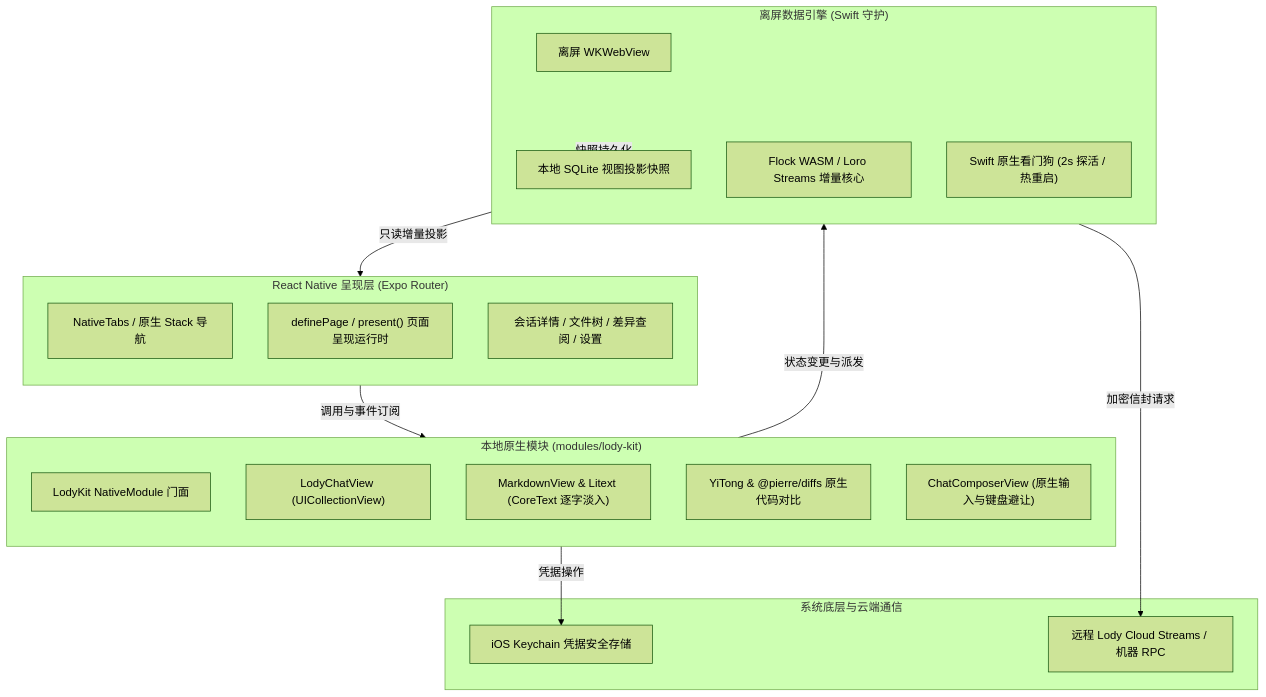
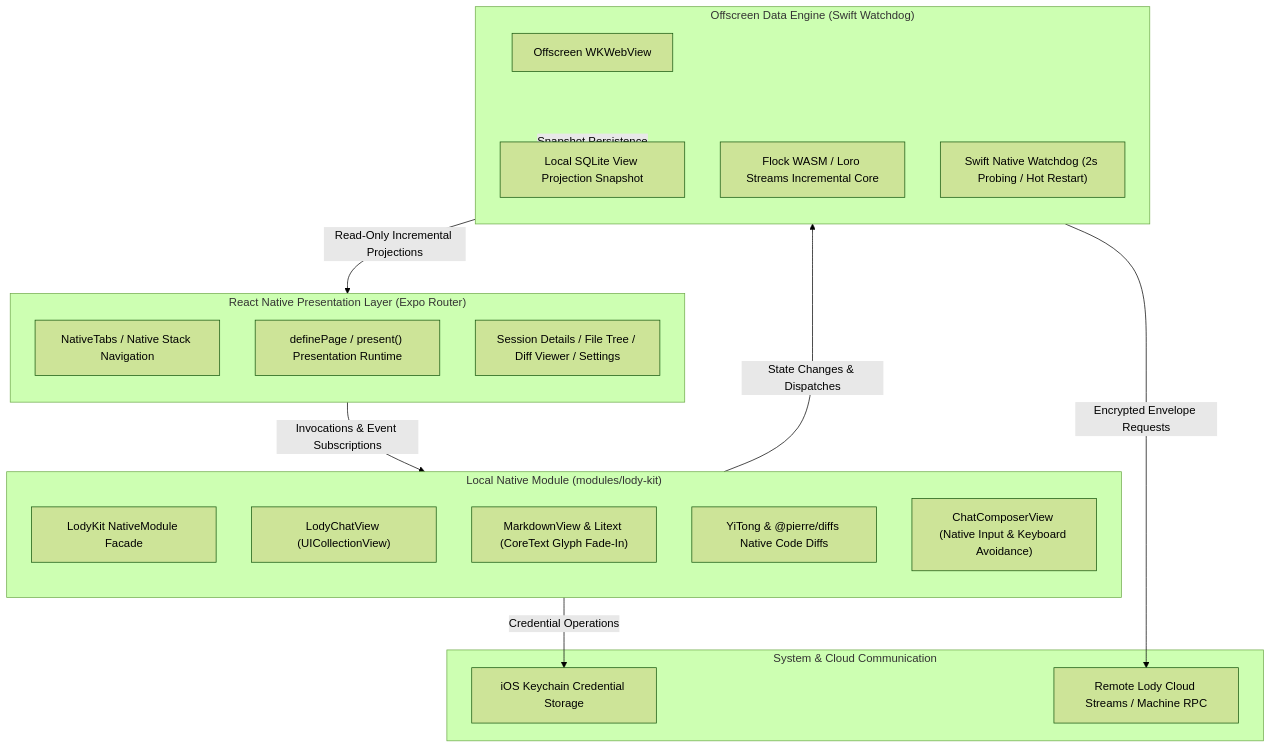
The diagram in README.md (Eric-Song-Nop/lody-ios), drawn with Mermaid (forest theme) before and after one commit. The commit also changed other lines of this file and 60 other files, not shown here.

````diff
--- a/README.md
+++ b/README.md
@@ -62,38 +62,38 @@
 ```mermaid
 flowchart TB
-    subgraph UI ["React Native 呈现层 (Expo Router)"]
+    subgraph UI ["React Native Presentation Layer (Expo Router)"]
         direction TB
-        Tabs["NativeTabs / 原生 Stack 导航"]
-        Presentation["definePage / present() 页面呈现运行时"]
-        Screens["会话详情 / 文件树 / 差异查阅 / 设置"]
+        Tabs["NativeTabs / Native Stack Navigation"]
+        Presentation["definePage / present() Presentation Runtime"]
+        Screens["Session Details / File Tree / Diff Viewer / Settings"]
     end
 
-    subgraph NativeKit ["本地原生模块 (modules/lody-kit)"]
+    subgraph NativeKit ["Local Native Module (modules/lody-kit)"]
         direction TB
-        LodyKitModule["LodyKit NativeModule 门面"]
+        LodyKitModule["LodyKit NativeModule Facade"]
         ChatView["LodyChatView (UICollectionView)"]
-        Markdown["MarkdownView & Litext (CoreText 逐字淡入)"]
-        DiffView["YiTong & @pierre/diffs 原生代码对比"]
-        Composer["ChatComposerView (原生输入与键盘避让)"]
+        Markdown["MarkdownView & Litext (CoreText Glyph Fade-In)"]
+        DiffView["YiTong & @pierre/diffs Native Code Diffs"]
+        Composer["ChatComposerView (Native Input & Keyboard Avoidance)"]
     end
 
-    subgraph DataEngine ["离屏数据引擎 (Swift 守护)"]
+    subgraph DataEngine ["Offscreen Data Engine (Swift Watchdog)"]
         direction TB
-        OffscreenWV["离屏 WKWebView"]
-        Flock["Flock WASM / Loro Streams 增量核心"]
-        Watchdog["Swift 原生看门狗 (2s 探活 / 热重启)"]
-        SQLite["本地 SQLite 视图投影快照"]
+        OffscreenWV["Offscreen WKWebView"]
+        Flock["Flock WASM / Loro Streams Incremental Core"]
+        Watchdog["Swift Native Watchdog (2s Probing / Hot Restart)"]
+        SQLite["Local SQLite View Projection Snapshot"]
     end
 
-    subgraph External ["系统底层与云端通信"]
-        Keychain["iOS Keychain 凭据安全存储"]
-        CloudStreams["远程 Lody Cloud Streams / 机器 RPC"]
+    subgraph External ["System & Cloud Communication"]
+        Keychain["iOS Keychain Credential Storage"]
+        CloudStreams["Remote Lody Cloud Streams / Machine RPC"]
     end
 
-    UI -->|"调用与事件订阅"| NativeKit
-    NativeKit -->|"状态变更与派发"| DataEngine
-    DataEngine -->|"只读增量投影"| UI
-    DataEngine -->|"加密信封请求"| CloudStreams
-    DataEngine -->|"快照持久化"| SQLite
-    NativeKit -->|"凭据操作"| Keychain
+    UI -->|"Invocations & Event Subscriptions"| NativeKit
+    NativeKit -->|"State Changes & Dispatches"| DataEngine
+    DataEngine -->|"Read-Only Incremental Projections"| UI
+    DataEngine -->|"Encrypted Envelope Requests"| CloudStreams
+    DataEngine -->|"Snapshot Persistence"| SQLite
+    NativeKit -->|"Credential Operations"| Keychain
 ```
````
